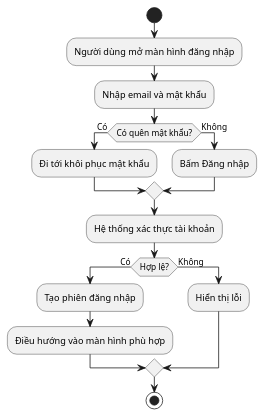
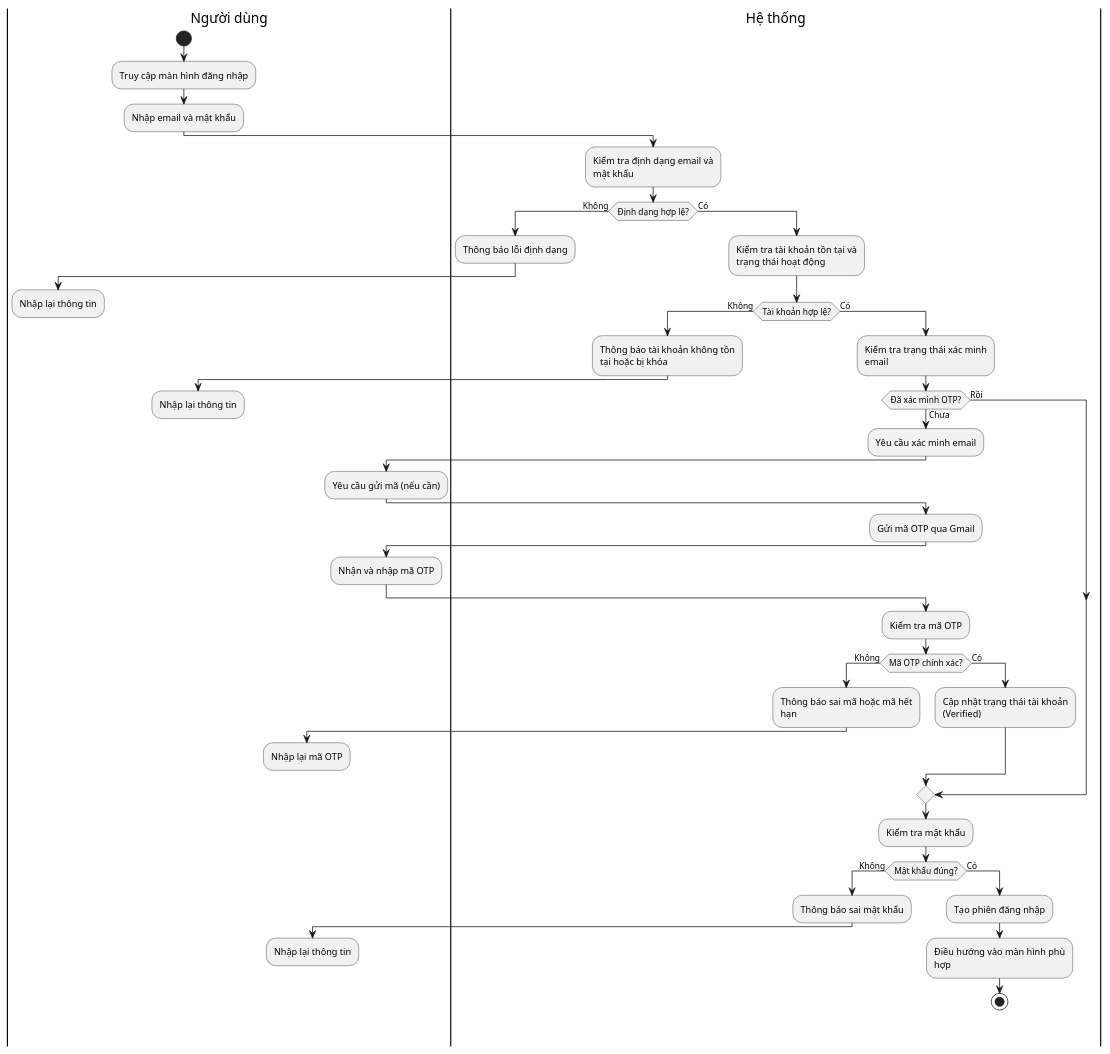
One commit to phuongtech24/do_an changed the diagram in docs/diagrams/Bieudohoatdong/uc03_login_bieudohoatdong.puml. Above: the diagram before and after it, drawn with PlantUML. The commit also changed 33 other files, not shown here.

Commit message:
[Add]: Thêm tính năng xác thực qua email khi login và đăng ký

```diff
--- a/docs/diagrams/Bieudohoatdong/uc03_login_bieudohoatdong.puml
+++ b/docs/diagrams/Bieudohoatdong/uc03_login_bieudohoatdong.puml
@@ -1,19 +1,66 @@
 @startuml
 skinparam defaultFontName "Times New Roman"
+skinparam wrapWidth 180
+skinparam NodePadding 20
+
+|Người dùng|
 start
-:Người dùng mở màn hình đăng nhập;
+:Truy cập màn hình đăng nhập;
 :Nhập email và mật khẩu;
-if (Có quên mật khẩu?) then (Có)
-  :Đi tới khôi phục mật khẩu;
-else (Không)
-  :Bấm Đăng nhập;
+
+|Hệ thống|
+:Kiểm tra định dạng email và mật khẩu;
+if (Định dạng hợp lệ?) then (Không)
+  :Thông báo lỗi định dạng;
+  |Người dùng|
+  :Nhập lại thông tin;
+  detach
+else (Có)
+  |Hệ thống|
+  :Kiểm tra tài khoản tồn tại và trạng thái hoạt động;
+  if (Tài khoản hợp lệ?) then (Không)
+    :Thông báo tài khoản không tồn tại hoặc bị khóa;
+    |Người dùng|
+    :Nhập lại thông tin;
+    detach
+  else (Có)
+    |Hệ thống|
+    :Kiểm tra trạng thái xác minh email;
+    if (Đã xác minh OTP?) then (Chưa)
+      :Yêu cầu xác minh email;
+      |Người dùng|
+      :Yêu cầu gửi mã (nếu cần);
+      |Hệ thống|
+      :Gửi mã OTP qua Gmail;
+      |Người dùng|
+      :Nhận và nhập mã OTP;
+      |Hệ thống|
+      :Kiểm tra mã OTP;
+      if (Mã OTP chính xác?) then (Không)
+        :Thông báo sai mã hoặc mã hết hạn;
+        |Người dùng|
+        :Nhập lại mã OTP;
+        detach
+      else (Có)
+        |Hệ thống|
+        :Cập nhật trạng thái tài khoản (Verified);
+      endif
+    else (Rồi)
+    endif
+    
+    |Hệ thống|
+    :Kiểm tra mật khẩu;
+    if (Mật khẩu đúng?) then (Không)
+      :Thông báo sai mật khẩu;
+      |Người dùng|
+      :Nhập lại thông tin;
+      detach
+    else (Có)
+      |Hệ thống|
+      :Tạo phiên đăng nhập;
+      :Điều hướng vào màn hình phù hợp;
+      stop
+    endif
+  endif
 endif
-:Hệ thống xác thực tài khoản;
-if (Hợp lệ?) then (Có)
-  :Tạo phiên đăng nhập;
-  :Điều hướng vào màn hình phù hợp;
-else (Không)
-  :Hiển thị lỗi;
-endif
-stop
 @enduml
```
